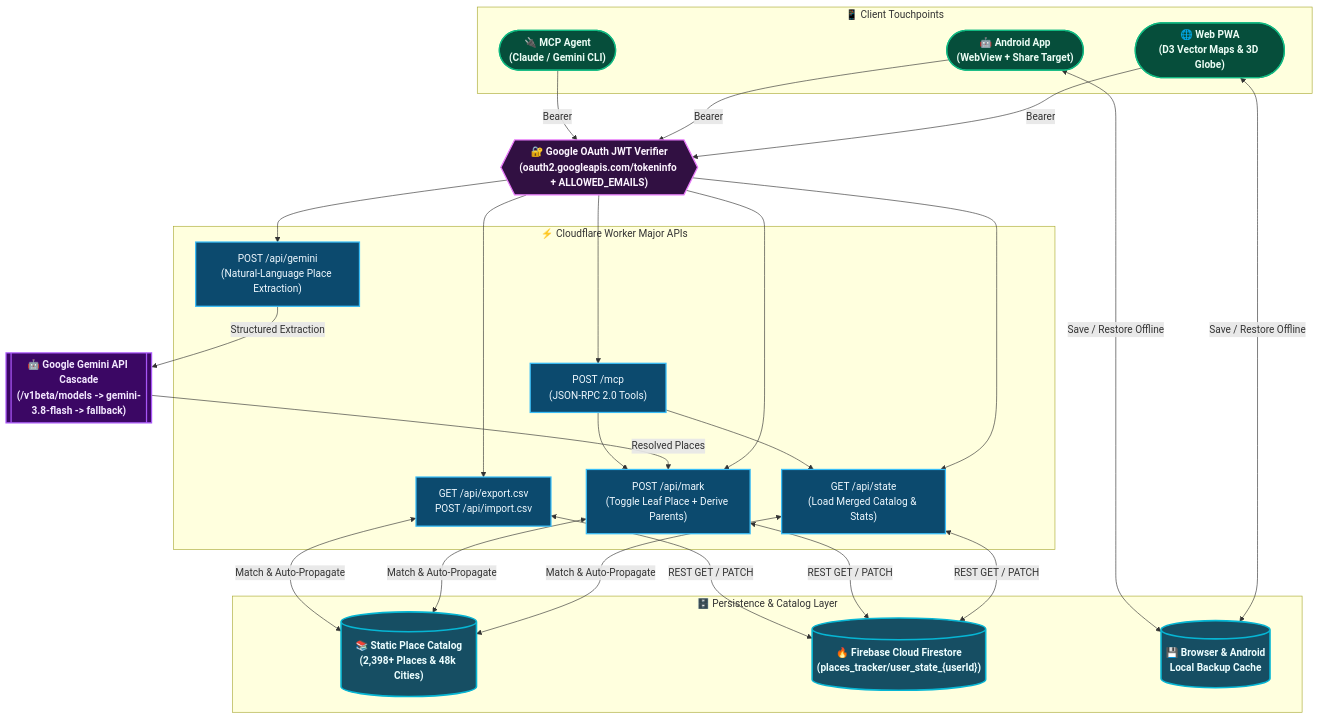
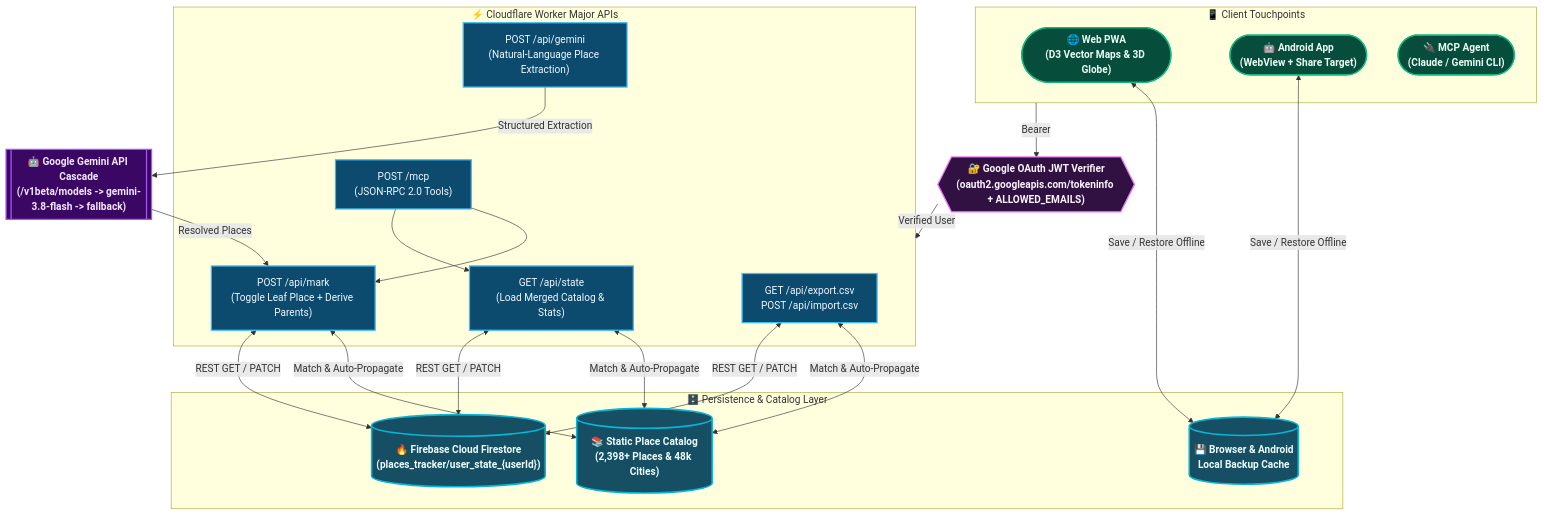
One commit to madhavsankar/PlacesTracker changed the second of 2 diagrams in README.md. Above: the diagram before and after it, drawn with Mermaid.

Commit message:
Simplify HLD Mermaid routing via subgraphs while preserving all links

````diff
--- a/README.md
+++ b/README.md
@@ -63,45 +63,43 @@
 ```mermaid
 flowchart TB
     classDef client fill:#064e3b,stroke:#10b981,stroke-width:2px,color:#ecfdf5,font-weight:bold
     classDef gate fill:#311042,stroke:#e879f9,stroke-width:2px,color:#fdf4ff,font-weight:bold
     classDef api fill:#0c4a6e,stroke:#38bdf8,stroke-width:2px,color:#f0f9ff
     classDef ext fill:#3b0764,stroke:#a855f7,stroke-width:2px,color:#f3e8ff,font-weight:bold
     classDef db fill:#164e63,stroke:#06b6d4,stroke-width:2.5px,color:#ecfeff,font-weight:bold
 
     subgraph Touchpoints["📱 Client Touchpoints"]
         WebPWA(["🌐 Web PWA\n(D3 Vector Maps & 3D Globe)"]):::client
         Android(["🤖 Android App\n(WebView + Share Target)"]):::client
         McpClient(["🔌 MCP Agent\n(Claude / Gemini CLI)"]):::client
     end
 
     AuthGate{{"🔐 Google OAuth JWT Verifier\n(oauth2.googleapis.com/tokeninfo + ALLOWED_EMAILS)"}}:::gate
 
     subgraph WorkerAPIs["⚡ Cloudflare Worker Major APIs"]
         StateAPI["GET /api/state\n(Load Merged Catalog & Stats)"]:::api
         MarkAPI["POST /api/mark\n(Toggle Leaf Place + Derive Parents)"]:::api
         GeminiAPI["POST /api/gemini\n(Natural-Language Place Extraction)"]:::api
         CsvAPI["GET /api/export.csv\nPOST /api/import.csv"]:::api
         McpAPI["POST /mcp\n(JSON-RPC 2.0 Tools)"]:::api
+        McpAPI --> MarkAPI & StateAPI
     end
 
     GeminiCascade[["🤖 Google Gemini API Cascade\n(/v1beta/models -> gemini-3.8-flash -> fallback)"]]:::ext
 
     subgraph Storage["🗄️ Persistence & Catalog Layer"]
         CatalogDB[("📚 Static Place Catalog\n(2,398+ Places & 48k Cities)")]:::db
         FirestoreDB[("🔥 Firebase Cloud Firestore\n(places_tracker/user_state_{userId})")]:::db
         LocalCache[("💾 Browser & Android\nLocal Backup Cache")]:::db
     end
 
+    Touchpoints -->|"Bearer <Google_ID_Token>"| AuthGate
+    AuthGate -->|"Verified User"| WorkerAPIs
+
     WebPWA & Android <-->|"Save / Restore Offline"| LocalCache
-    WebPWA & Android -->|"Bearer <Google_ID_Token>"| AuthGate
-    McpClient -->|"Bearer <Google_ID_Token>"| AuthGate
-
-    AuthGate --> StateAPI & MarkAPI & GeminiAPI & CsvAPI & McpAPI
-
     GeminiAPI -->|"Structured Extraction"| GeminiCascade
     GeminiCascade -->|"Resolved Places"| MarkAPI
-    McpAPI --> MarkAPI & StateAPI
 
     StateAPI & MarkAPI & CsvAPI <-->|"Match & Auto-Propagate"| CatalogDB
     StateAPI & MarkAPI & CsvAPI <-->|"REST GET / PATCH"| FirestoreDB
 ```
````
